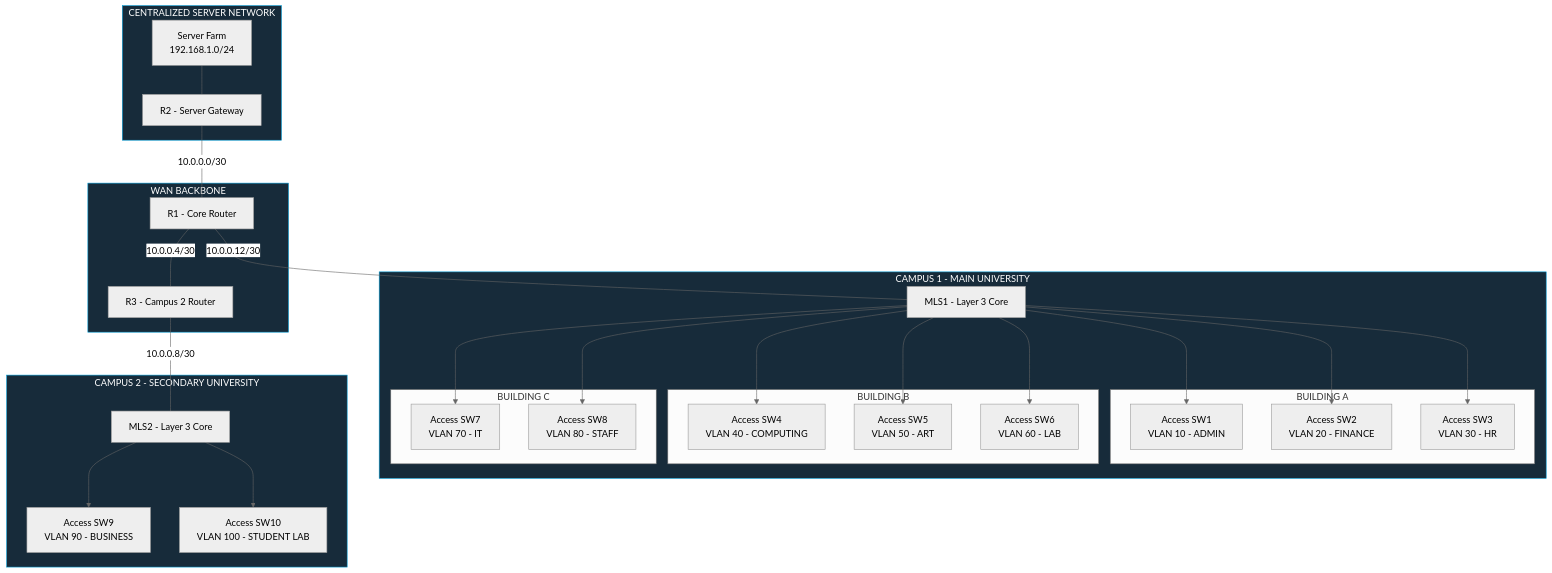
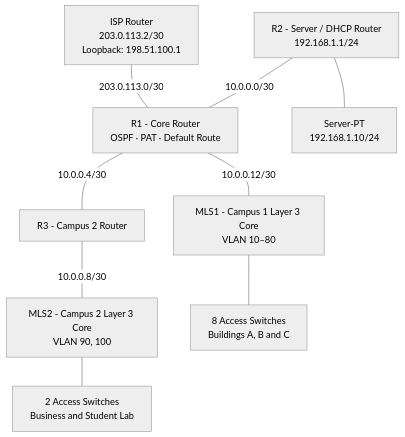
The diagram in README.md (A-straya/Lab-30-UniversityCampus), drawn with Mermaid (neutral theme) before and after one commit. The commit also changed other lines of this file, not shown here.

````diff
--- a/README.md
+++ b/README.md
@@ -43,63 +20,21 @@
 ```mermaid
 flowchart TB
+    ISP["ISP Router<br/>203.0.113.2/30<br/>Loopback: 198.51.100.1"]
+    R1["R1 - Core Router<br/>OSPF · PAT · Default Route"]
+    R2["R2 - Server / DHCP Router<br/>192.168.1.1/24"]
+    R3["R3 - Campus 2 Router"]
+    MLS1["MLS1 - Campus 1 Layer 3 Core<br/>VLAN 10–80"]
+    MLS2["MLS2 - Campus 2 Layer 3 Core<br/>VLAN 90, 100"]
+    A["8 Access Switches<br/>Buildings A, B and C"]
+    B["2 Access Switches<br/>Business and Student Lab"]
+    SRV["Server-PT<br/>192.168.1.10/24"]
 
-    subgraph SERVER["CENTRALIZED SERVER NETWORK"]
-        SRV["Server Farm<br/>192.168.1.0/24"]
-        R2["R2 - Server Gateway"]
-        SRV --- R2
-    end
-
-    subgraph WAN["WAN BACKBONE"]
-        R1["R1 - Core Router"]
-        R3["R3 - Campus 2 Router"]
-    end
-
-    subgraph CAMPUS1["CAMPUS 1 - MAIN UNIVERSITY"]
-        MLS1["MLS1 - Layer 3 Core"]
-
-        subgraph B1["BUILDING A"]
-            SW1["Access SW1<br/>VLAN 10 - ADMIN"]
-            SW2["Access SW2<br/>VLAN 20 - FINANCE"]
-            SW3["Access SW3<br/>VLAN 30 - HR"]
-        end
-
-        subgraph B2["BUILDING B"]
-            SW4["Access SW4<br/>VLAN 40 - COMPUTING"]
-            SW5["Access SW5<br/>VLAN 50 - ART"]
-            SW6["Access SW6<br/>VLAN 60 - LAB"]
-        end
-
-        subgraph B3["BUILDING C"]
-            SW7["Access SW7<br/>VLAN 70 - IT"]
-            SW8["Access SW8<br/>VLAN 80 - STAFF"]
-        end
-
-        MLS1 --> SW1
-        MLS1 --> SW2
-        MLS1 --> SW3
-        MLS1 --> SW4
-        MLS1 --> SW5
-        MLS1 --> SW6
-        MLS1 --> SW7
-        MLS1 --> SW8
-    end
-
-    subgraph CAMPUS2["CAMPUS 2 - SECONDARY UNIVERSITY"]
-        MLS2["MLS2 - Layer 3 Core"]
-        SW9["Access SW9<br/>VLAN 90 - BUSINESS"]
-        SW10["Access SW10<br/>VLAN 100 - STUDENT LAB"]
-
-        MLS2 --> SW9
-        MLS2 --> SW10
-    end
-
+    ISP ---|"203.0.113.0/30"| R1
     R2 ---|"10.0.0.0/30"| R1
     R1 ---|"10.0.0.4/30"| R3
     R1 ---|"10.0.0.12/30"| MLS1
     R3 ---|"10.0.0.8/30"| MLS2
-
-    style SERVER fill:#172B3A,stroke:#049FD9,color:#FFFFFF
-    style WAN fill:#172B3A,stroke:#049FD9,color:#FFFFFF
-    style CAMPUS1 fill:#172B3A,stroke:#049FD9,color:#FFFFFF
-    style CAMPUS2 fill:#172B3A,stroke:#049FD9,color:#FFFFFF
+    R2 --- SRV
+    MLS1 --- A
+    MLS2 --- B
 ```
````
